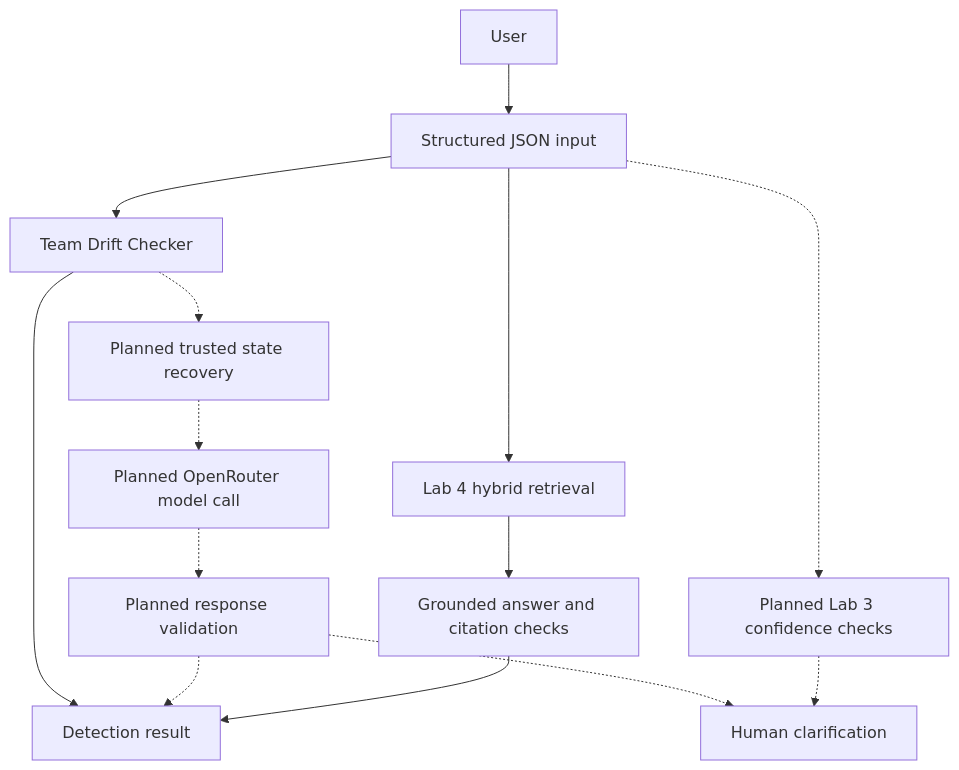
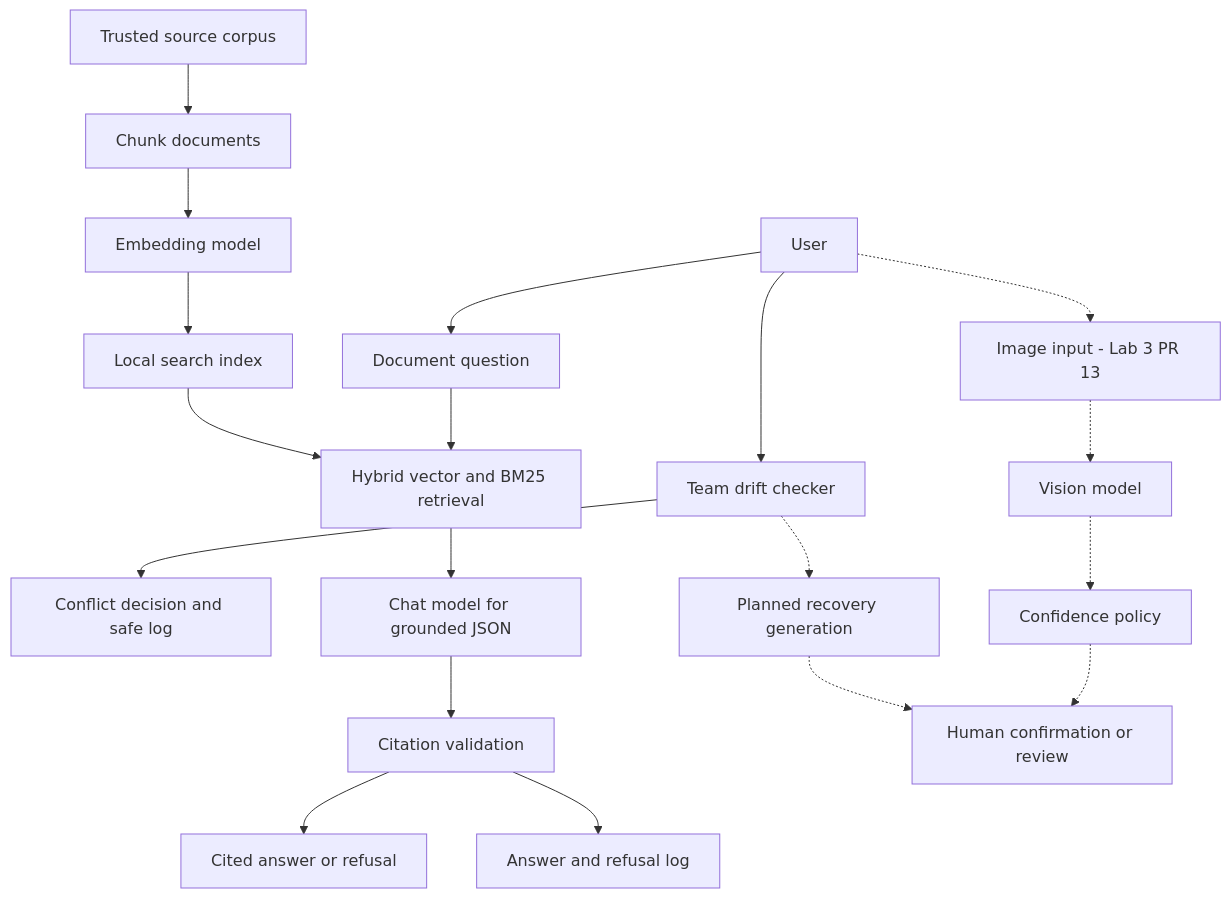
Before and after one commit to anaBalukha/Blue_Whale: the diagram in docs/DESIGN-REVIEW.md, drawn with Mermaid. The commit also changed other lines of this file, not shown here.

Commit message:
Complete Design Review architecture and real usage measurements

````diff
--- a/docs/DESIGN-REVIEW.md
+++ b/docs/DESIGN-REVIEW.md
@@ -45,16 +45,24 @@
 ```mermaid
 flowchart TD
-    U[User] --> J[Structured JSON input]
-    J --> D[Team Drift Checker]
-    D --> O[Detection result]
-    D -.-> S[Planned trusted state recovery]
-    S -.-> M[Planned OpenRouter model call]
-    M -.-> V[Planned response validation]
-    V -.-> O
-    V -.-> H[Human clarification]
-    J --> R[Lab 4 hybrid retrieval]
-    R --> A[Grounded answer and citation checks]
-    A --> O
-    J -.-> C[Planned Lab 3 confidence checks]
-    C -.-> H
+    U[User] --> D[Team drift checker]
+    D --> S[Conflict decision and safe log]
+
+    U --> Q[Document question]
+    C[Trusted source corpus] --> CH[Chunk documents]
+    CH --> E[Embedding model]
+    E --> IX[Local search index]
+    Q --> R[Hybrid vector and BM25 retrieval]
+    IX --> R
+    R --> M[Chat model for grounded JSON]
+    M --> V[Citation validation]
+    V --> O[Cited answer or refusal]
+    V --> L[Answer and refusal log]
+
+    U -.-> IMG[Image input - Lab 3 PR 13]
+    IMG -.-> VM[Vision model]
+    VM -.-> CP[Confidence policy]
+    CP -.-> H[Human confirmation or review]
+
+    D -.-> REC[Planned recovery generation]
+    REC -.-> H
 ```
````
